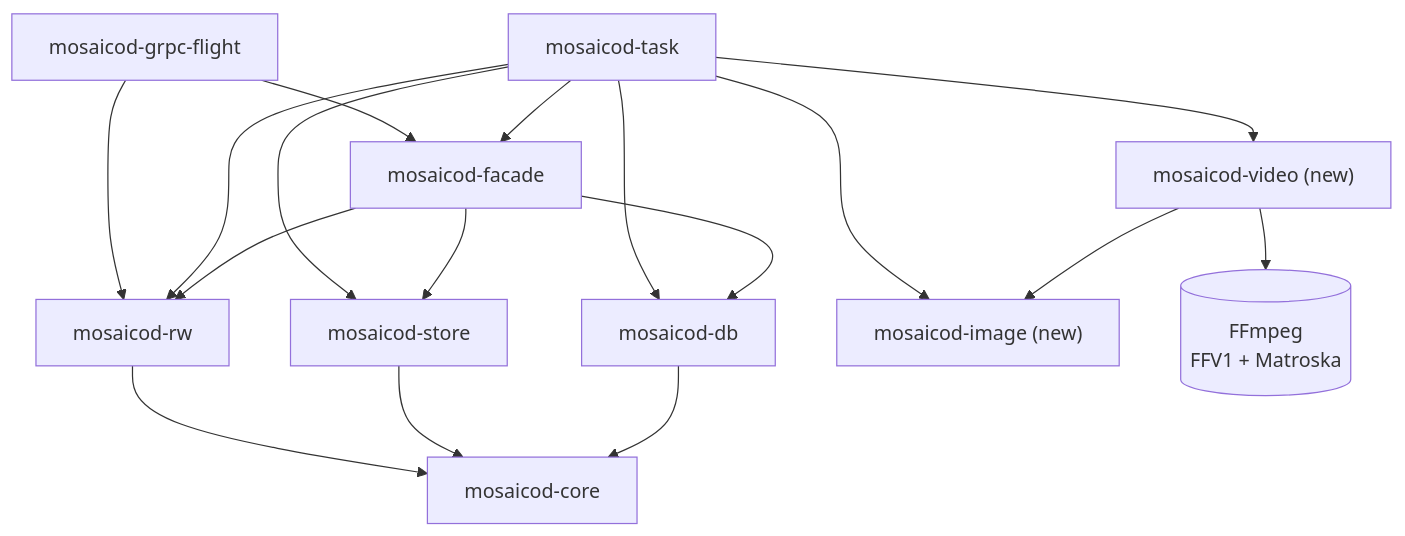
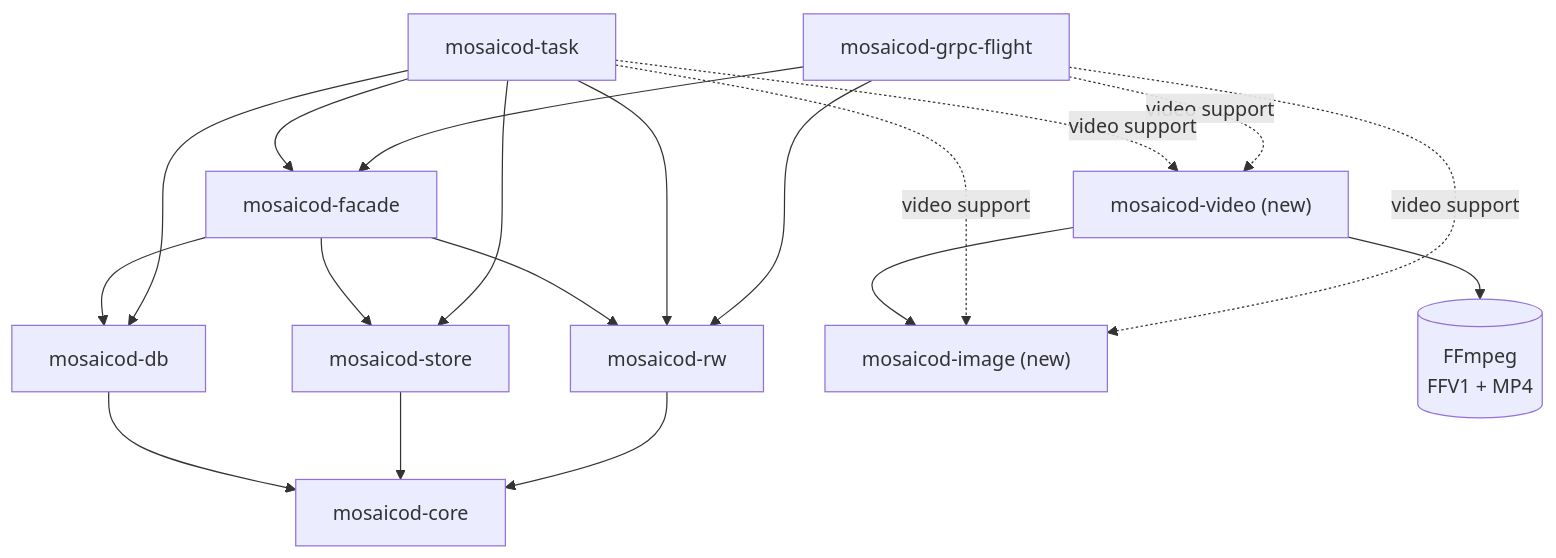
The second of 2 diagrams in text/0000-image-sequence.md (mosaico-labs/mosaico-rfcs), drawn with Mermaid before and after one commit. The commit also changed other lines of this file, not shown here.

````diff
--- a/text/0000-image-sequence.md
+++ b/text/0000-image-sequence.md
@@ -200,30 +292,32 @@
 ```mermaid
 flowchart TD
     FLIGHT["mosaicod-grpc-flight"]
     TASK["mosaicod-task"]
     FACADE["mosaicod-facade"]
     RW["mosaicod-rw"]
     STORE["mosaicod-store"]
     DB["mosaicod-db"]
     CORE["mosaicod-core"]
     IMAGE["mosaicod-image (new)"]
     VIDEO["mosaicod-video (new)"]
-    FFMPEG[("FFmpeg<br/>FFV1 + Matroska")]
+    FFMPEG[("FFmpeg<br/>FFV1 + MP4")]
 
     FLIGHT --> FACADE
     FLIGHT --> RW
+    FLIGHT -.->|"video support"| IMAGE
+    FLIGHT -.->|"video support"| VIDEO
     TASK --> FACADE
     TASK --> RW
     TASK --> STORE
     TASK --> DB
-    TASK --> IMAGE
-    TASK --> VIDEO
+    TASK -.->|"video support"| IMAGE
+    TASK -.->|"video support"| VIDEO
     VIDEO --> IMAGE
     VIDEO --> FFMPEG
     FACADE --> RW
     FACADE --> STORE
     FACADE --> DB
     RW --> CORE
     STORE --> CORE
     DB --> CORE
 ```
````
